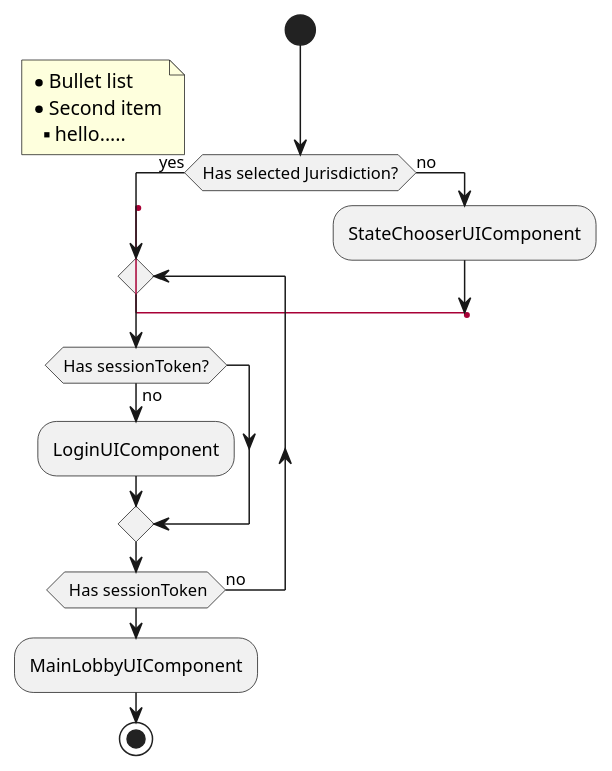
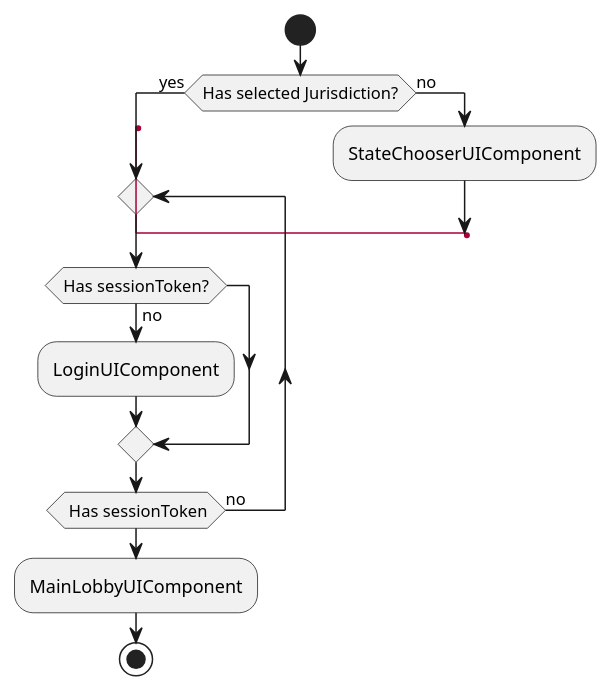
Before and after one commit to palainteractivedev/umlmodels: the diagram in uml/login2.puml, drawn with PlantUML.

```diff
--- a/uml/login2.puml
+++ b/uml/login2.puml
@@ -1,23 +1,18 @@
 @startuml
 
 start
 if (Has selected Jurisdiction?) then (yes)
   label lbl_login
   repeat
     if (Has sessionToken?) then (no)
       :LoginUIComponent;
     endif
   repeat while( Has sessionToken) is (no)
   :MainLobbyUIComponent;
   stop
 else (no)
   :StateChooserUIComponent;
   goto lbl_login
 endif
-note left
-  * Bullet list
-  * Second item
-  ** hello.....
-end note
 
 @enduml
```
